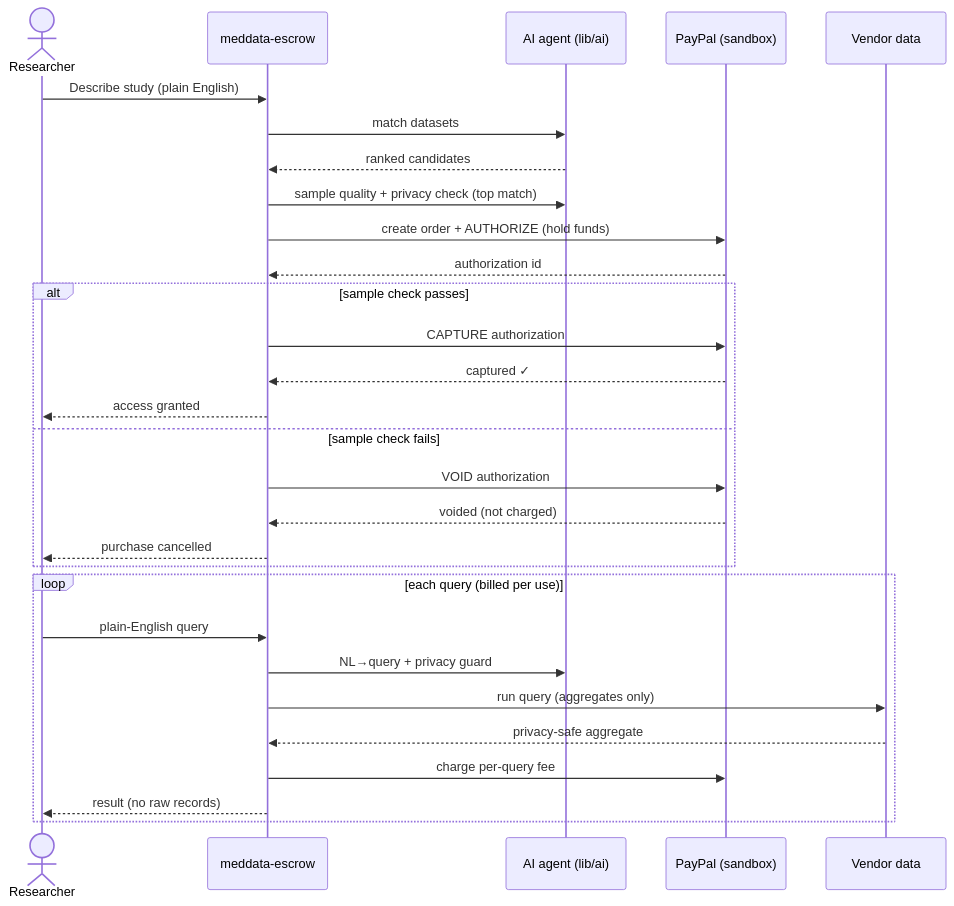
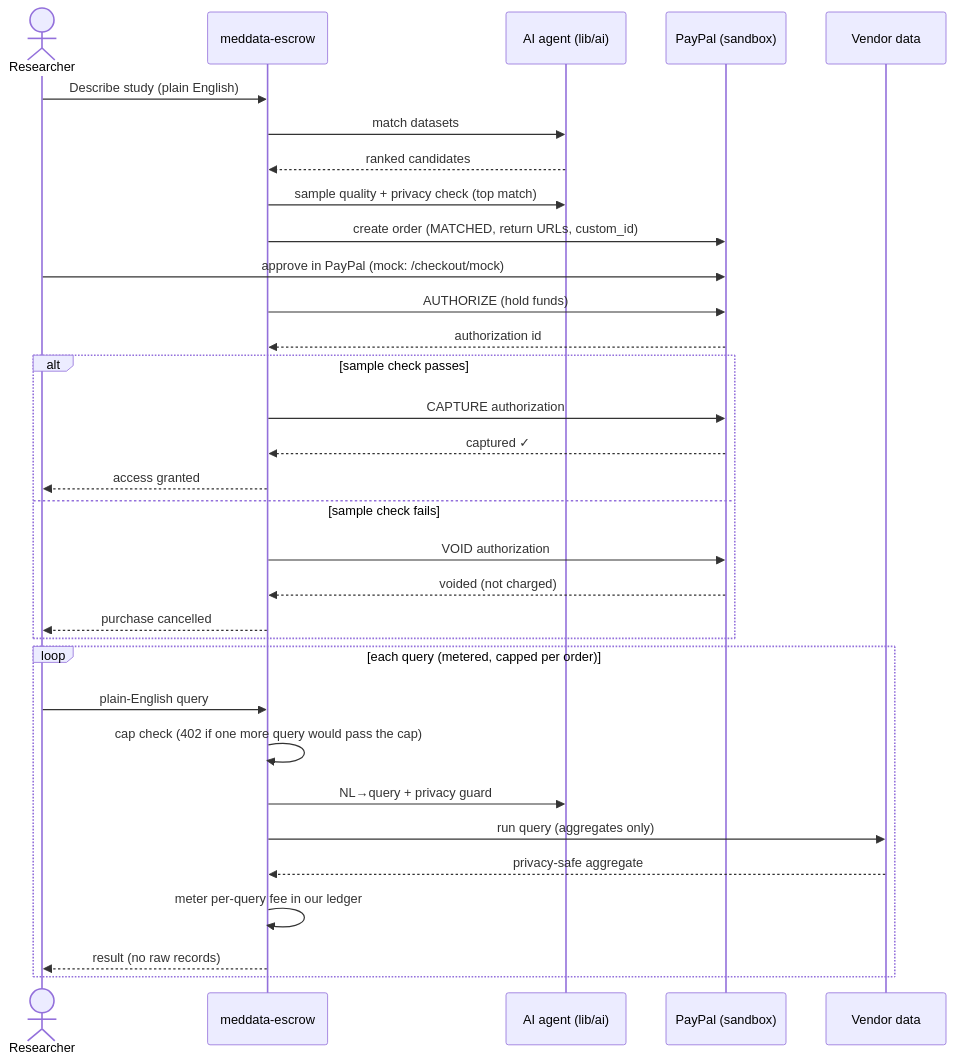
One commit to hammy229/meddata-escrow changed the diagram in docs/architecture.md. Above: the diagram before and after it, drawn with Mermaid. The commit also changed other lines of this file and 3 other files, not shown here.

````diff
--- a/docs/architecture.md
+++ b/docs/architecture.md
@@ -31,32 +35,35 @@
 ```mermaid
 sequenceDiagram
     actor R as Researcher
     participant App as meddata-escrow
     participant AI as AI agent (lib/ai)
     participant PP as PayPal (sandbox)
     participant V as Vendor data
 
     R->>App: Describe study (plain English)
     App->>AI: match datasets
     AI-->>App: ranked candidates
     App->>AI: sample quality + privacy check (top match)
-    App->>PP: create order + AUTHORIZE (hold funds)
+    App->>PP: create order (MATCHED, return URLs, custom_id)
+    R->>PP: approve in PayPal (mock: /checkout/mock)
+    App->>PP: AUTHORIZE (hold funds)
     PP-->>App: authorization id
     alt sample check passes
         App->>PP: CAPTURE authorization
         PP-->>App: captured ✓
         App-->>R: access granted
     else sample check fails
         App->>PP: VOID authorization
         PP-->>App: voided (not charged)
         App-->>R: purchase cancelled
     end
-    loop each query (billed per use)
+    loop each query (metered, capped per order)
         R->>App: plain-English query
+        App->>App: cap check (402 if one more query would pass the cap)
         App->>AI: NL→query + privacy guard
         App->>V: run query (aggregates only)
         V-->>App: privacy-safe aggregate
-        App->>PP: charge per-query fee
+        App->>App: meter per-query fee in our ledger
         App-->>R: result (no raw records)
     end
 ```
````
